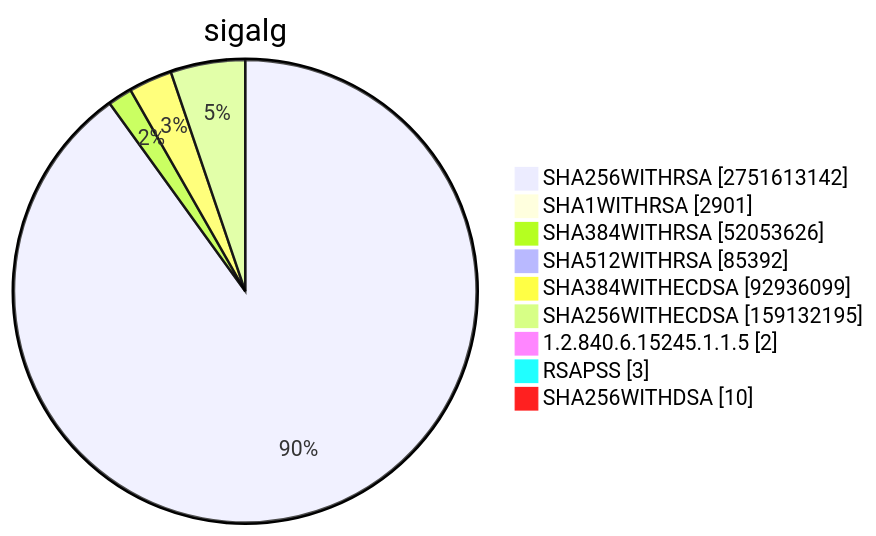
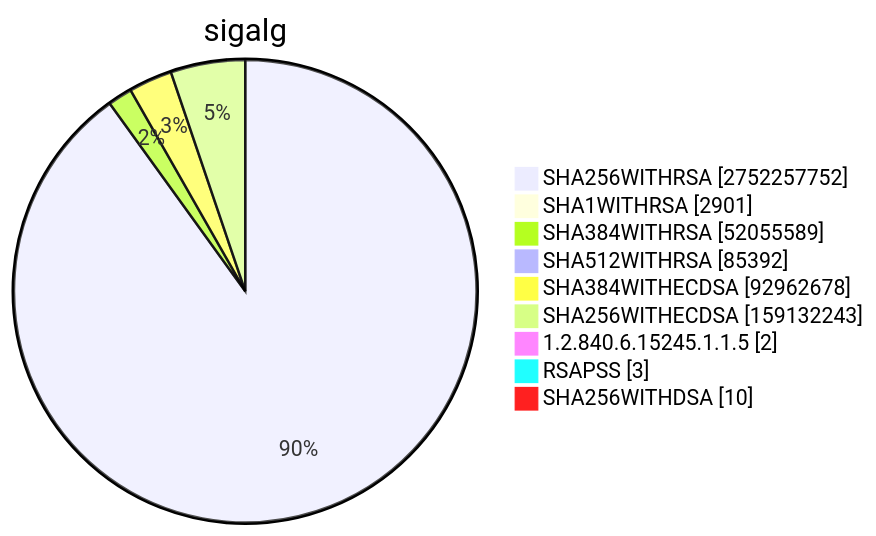
Before and after one commit to christiankrug/ctmonitor_visualization: diagram 15 of 15 in TOTAL/README.md, drawn with Mermaid. The commit also changed other lines of this file, not shown here.

````diff
--- a/TOTAL/README.md
+++ b/TOTAL/README.md
@@ -6205,13 +6205,13 @@
 ```mermaid
 pie showData
 title sigalg
-"SHA256WITHRSA" :2751613142
+"SHA256WITHRSA" :2752257752
 "SHA1WITHRSA" :2901
-"SHA384WITHRSA" :52053626
+"SHA384WITHRSA" :52055589
 "SHA512WITHRSA" :85392
-"SHA384WITHECDSA" :92936099
-"SHA256WITHECDSA" :159132195
+"SHA384WITHECDSA" :92962678
+"SHA256WITHECDSA" :159132243
 "1.2.840.6.15245.1.1.5" :2
 "RSAPSS" :3
 "SHA256WITHDSA" :10
 ```
````
